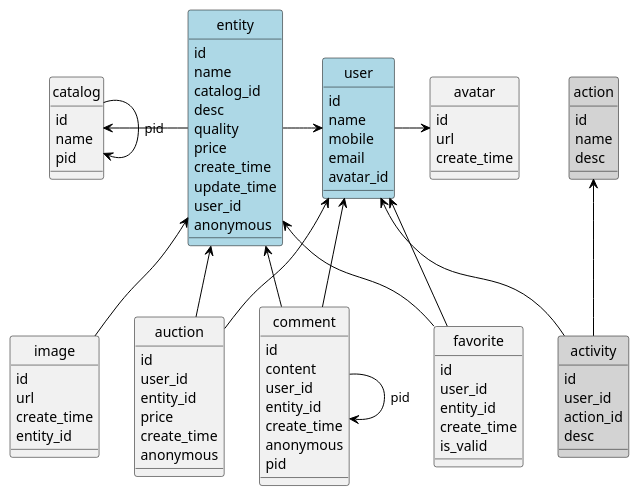
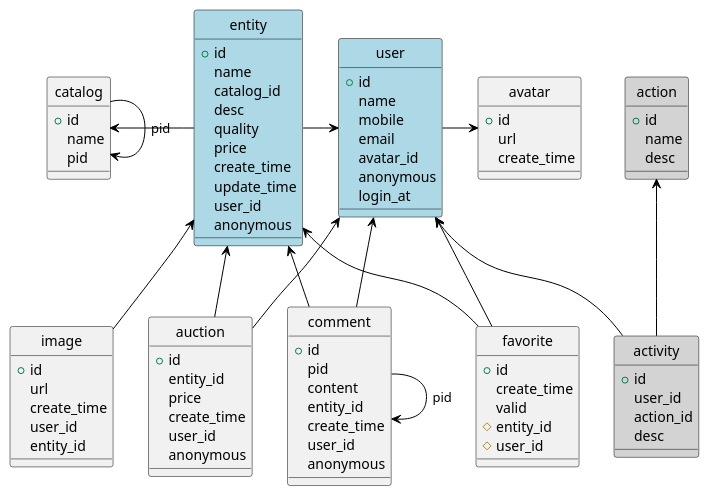
One commit to neo-nie/flea-market changed the diagram in private/db/flea-model.puml. Above: the diagram before and after it, drawn with PlantUML. The commit also changed 9 other files, not shown here.

```diff
--- a/private/db/flea-model.puml
+++ b/private/db/flea-model.puml
@@ -1,110 +1,113 @@
 @startuml
 
 'skinparam monochrome true
 'skinparam classBackgroundColor White
 skinparam classArrowColor Black
 skinparam classBorderColor Black
 skinparam stereotypeCBackgroundColor Gray
 'hide members
 hide circle
 
 class user #LightBlue {
-    id
-    name
-    mobile
-    email
-    avatar_id
+    +id      
+    name       
+    mobile      
+    email        
+    avatar_id   
+    anonymous   
+    login_at    
 }
 
 class avatar {
-    id
+    +id
     url
     create_time
 }
 
 class catalog {
-    id
+    +id
     name
     pid
 }
 
 class entity #LightBlue {
-    id
+    +id
     name
     catalog_id
     desc
     quality
     price
     create_time
     update_time
     user_id
     anonymous
 }
 
 class favorite {
-    id
-    user_id
-    entity_id
+    +id
     create_time
-    is_valid
+    valid
+    #entity_id
+    #user_id
 }
 
 class comment {
-    id
+    +id
+    pid
     content
-    user_id
     entity_id
     create_time
+    user_id
     anonymous
-    pid
 }
 
 class auction {
-    id
-    user_id
+    +id
     entity_id
     price
     create_time
+    user_id
     anonymous
 }
 
 class image {
-    id
+    +id
     url
     create_time
+    user_id
     entity_id
 }
 
 class action #LightGray {
-    id
+    +id
     name
     desc
 }
 
 class activity #LightGray {
-    id
+    +id
     user_id
     action_id
     desc
 }
 
 user -r-> avatar
 entity -l-> catalog
 entity -r-> user
 catalog --> catalog : pid
 
 image -u-> entity
 favorite -u-> user
 favorite -u-> entity
 
 comment -u-> user
 comment -u-> entity
 comment --> comment : pid
 
 auction -u-> user
 auction -u-> entity
 
 activity -u-> action
 activity -u-> user
 
 @enduml
```
